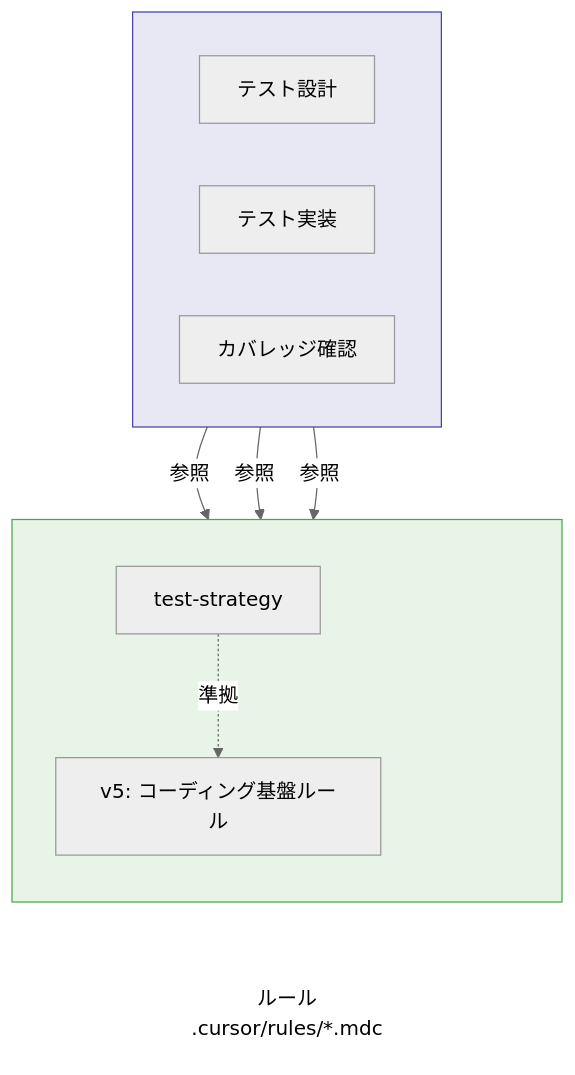
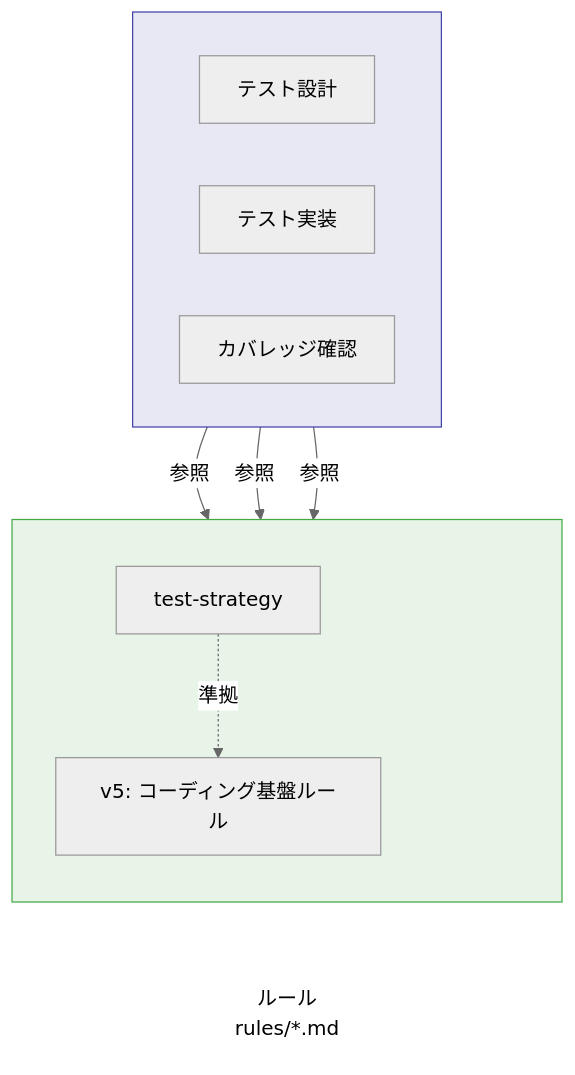
One commit to kinopeee/cursorrules changed the second of 2 diagrams in ja/doc/rules-and-workflows.md. Above: the diagram before and after it, drawn with Mermaid (neutral theme). The commit also changed other lines of this file and 60 other files, not shown here.

````diff
--- a/ja/doc/rules-and-workflows.md
+++ b/ja/doc/rules-and-workflows.md
@@ -122,35 +126,35 @@
 ```mermaid
 flowchart TB
     subgraph TestWork[" "]
         direction LR
         T1[テスト設計]
         T2[テスト実装]
         T3[カバレッジ確認]
     end
 
     subgraph TestRules[" "]
         direction TB
         TR1[test-strategy]
         space2[ ]
         V5T[v5: コーディング基盤ルール]
     end
     
-    RLabelT[ルール<br/>.cursor/rules/*.mdc]
+    RLabelT[ルール<br/>rules/*.md]
 
     TestWork ~~~ TestRules
     TestRules ~~~ RLabelT
 
     T1 -->|参照| TR1
     T2 -->|参照| TR1
     T3 -->|参照| TR1
     
     TR1 -.->|準拠| V5T
 
     style TestWork fill:#e8e8f4,stroke:#44a
     style TestRules fill:#e8f4e8,stroke:#4a4
     style RLabelT fill:none,stroke:none
     style space2 fill:none,stroke:none
     
     linkStyle 0 stroke:none
     linkStyle 1 stroke:none
 ```
````
